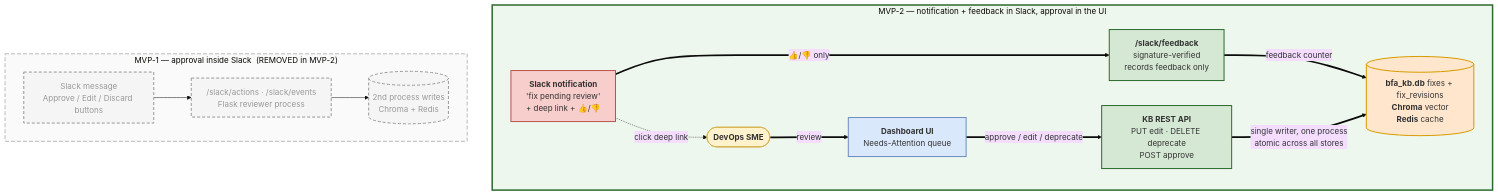
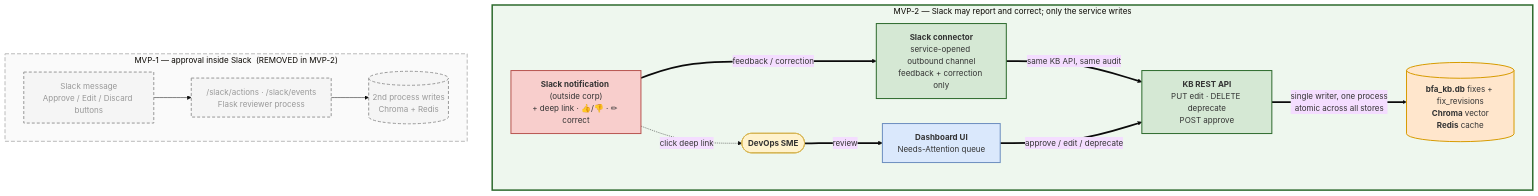
The diagram in build-failure-analyzer/diagrams/mvp2_sme.mmd (vigneshpalanivelr/extract-build-logs), drawn with Mermaid (base theme) before and after one commit. The commit also changed 6 other files, not shown here.

First line of the commit message:
Handle Slack network boundary: outbound-initiated channel, correction path

```diff
--- a/build-failure-analyzer/diagrams/mvp2_sme.mmd
+++ b/build-failure-analyzer/diagrams/mvp2_sme.mmd
@@ -1,35 +1,35 @@
 flowchart LR
     classDef notify fill:#f8cecc,stroke:#b85450,stroke-width:2px
     classDef ui fill:#dae8fc,stroke:#6c8ebf,stroke-width:2px
     classDef svc fill:#d5e8d4,stroke:#2d6a2d,stroke-width:2px
     classDef store fill:#ffe6cc,stroke:#d79b00,stroke-width:2px
     classDef human fill:#fff2cc,stroke:#d6b656,stroke-width:2px
     classDef gone fill:#f5f5f5,stroke:#999,stroke-width:2px,stroke-dasharray:6 4,color:#999
 
     subgraph OLD["MVP-1 — approval inside Slack&nbsp;&nbsp;(REMOVED in MVP-2)"]
         direction LR
         O1["Slack message<br/>Approve / Edit / Discard buttons"]:::gone
         O2["/slack/actions&nbsp;·&nbsp;/slack/events<br/>Flask reviewer process"]:::gone
         O3[("2nd process writes<br/>Chroma + Redis")]:::gone
         O1 --> O2 --> O3
     end
 
-    subgraph NEW["MVP-2 — notification + feedback in Slack, approval in the UI"]
+    subgraph NEW["MVP-2 — Slack may report and correct; only the service writes"]
         direction LR
         N0(["<b>DevOps SME</b>"]):::human
-        N1["<b>Slack notification</b><br/>'fix pending review'<br/>+ deep link + 👍/👎"]:::notify
-        NF["<b>/slack/feedback</b><br/>signature-verified<br/>records feedback only"]:::svc
+        N1["<b>Slack notification</b> (outside corp)<br/>+ deep link · 👍/👎 · ✏ correct"]:::notify
+        NF["<b>Slack connector</b><br/>service-opened outbound channel<br/>feedback + correction only"]:::svc
         N2["<b>Dashboard UI</b><br/>Needs-Attention queue"]:::ui
         N3["<b>KB REST API</b><br/>PUT edit · DELETE deprecate<br/>POST approve"]:::svc
         N4[("<b>bfa_kb.db</b> fixes + fix_revisions<br/><b>Chroma</b> vector<br/><b>Redis</b> cache")]:::store
         N1 -.->|"click deep link"| N0
-        N1 ==>|"👍/👎 only"| NF
-        NF ==>|"feedback counter"| N4
+        N1 ==>|"feedback / correction"| NF
+        NF ==>|"same KB API, same audit"| N3
         N0 ==>|"review"| N2
         N2 ==>|"approve / edit / deprecate"| N3
         N3 ==>|"single writer, one process<br/>atomic across all stores"| N4
     end
 
     OLD ~~~ NEW
     style OLD fill:#fafafa,stroke:#bbb,stroke-width:2px,stroke-dasharray:8 4
     style NEW fill:#eef7ee,stroke:#2d6a2d,stroke-width:3px
```
